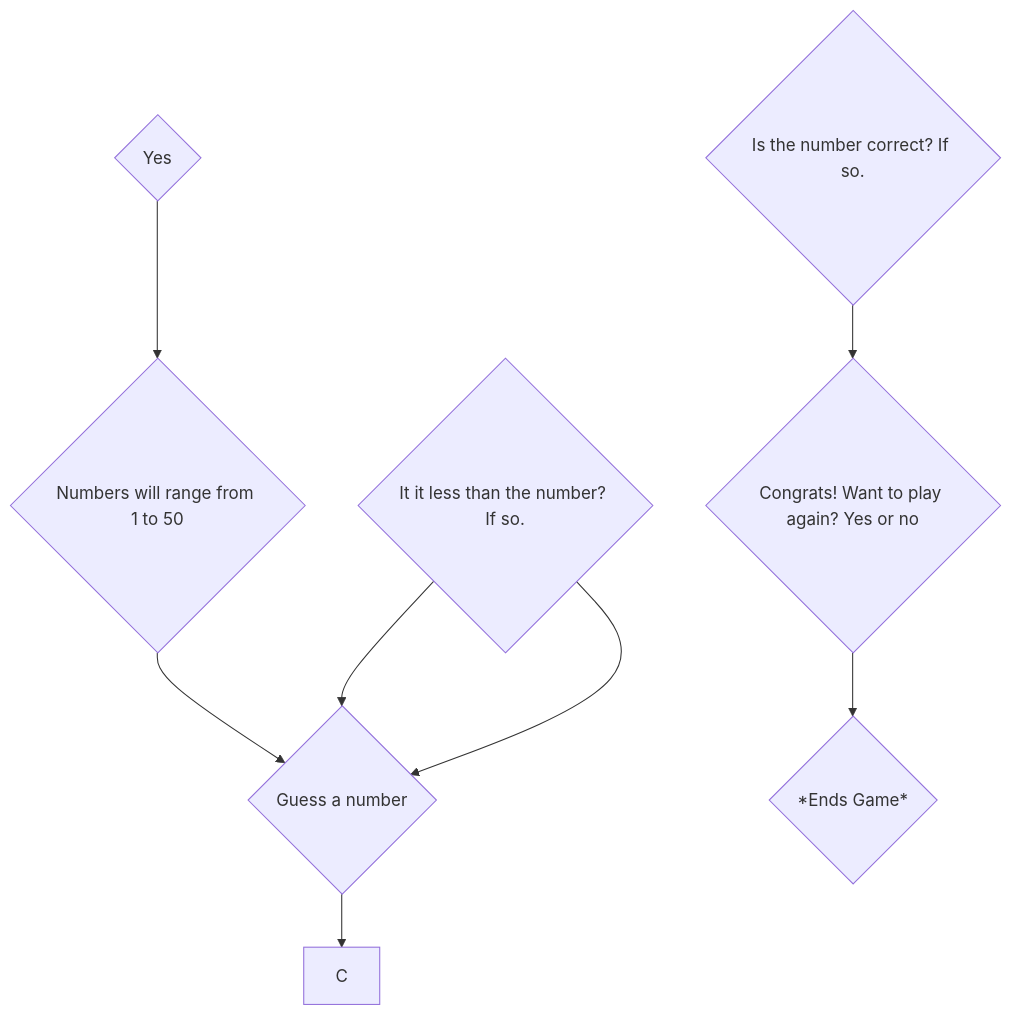
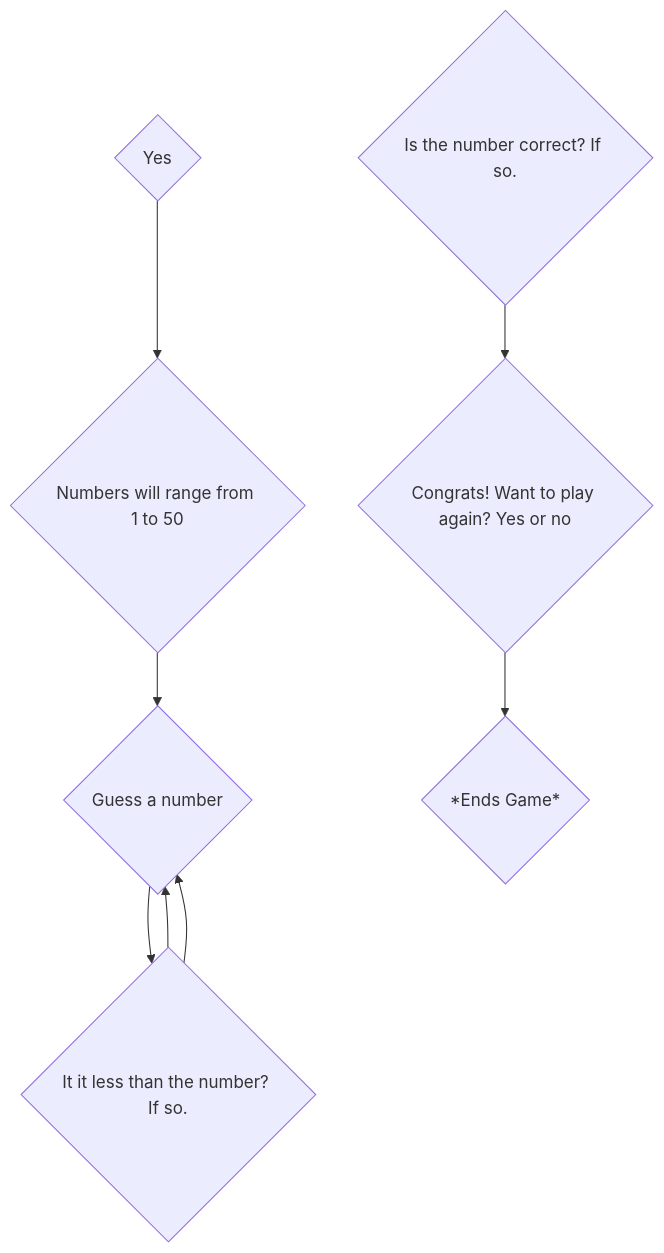
The diagram in README.md (schope26/schope26.github.io), drawn with Mermaid before and after one commit.

````diff
--- a/README.md
+++ b/README.md
@@ -22,11 +22,11 @@
 ```mermaid
 flowchart TD
     A{Numbers will range from 1 to 50} 
     --> B{Guess a number} 
-    --> C;D{Is it greater than the number? If so.} --> B
+    --> D{Is it greater than the number? If so.} --> B
     D{It it less than the number? If so.} --> B
     E{Is the number correct? If so.} --> F
     F{Congrats! Want to play again? Yes or no} --> G
     G{*Ends Game*}
     H{Yes} --> A 
 ```
````
